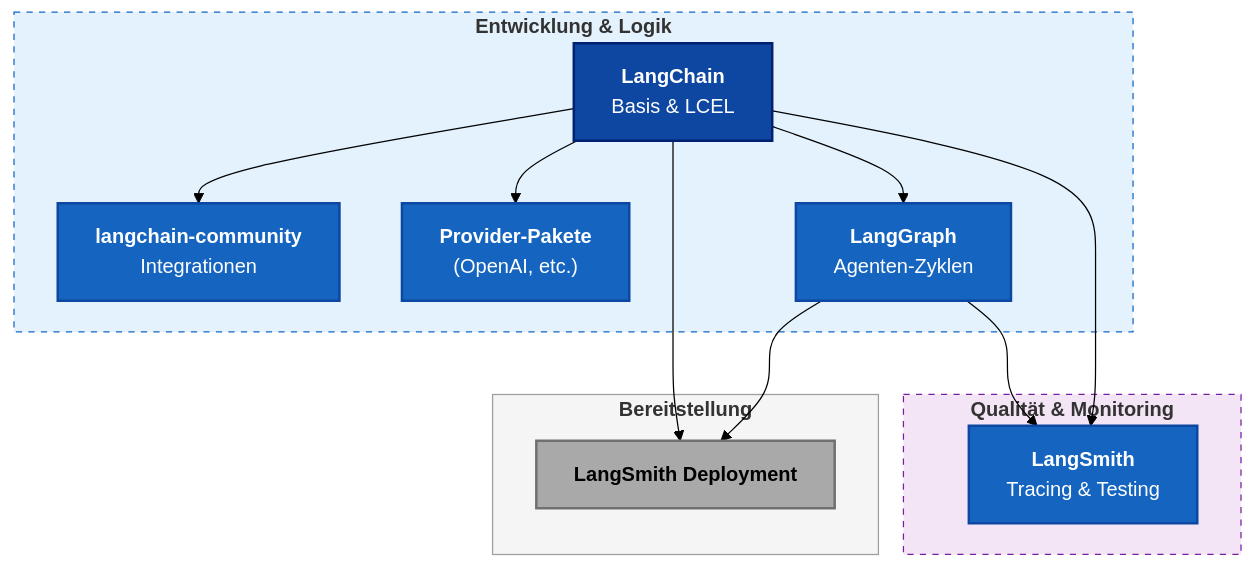
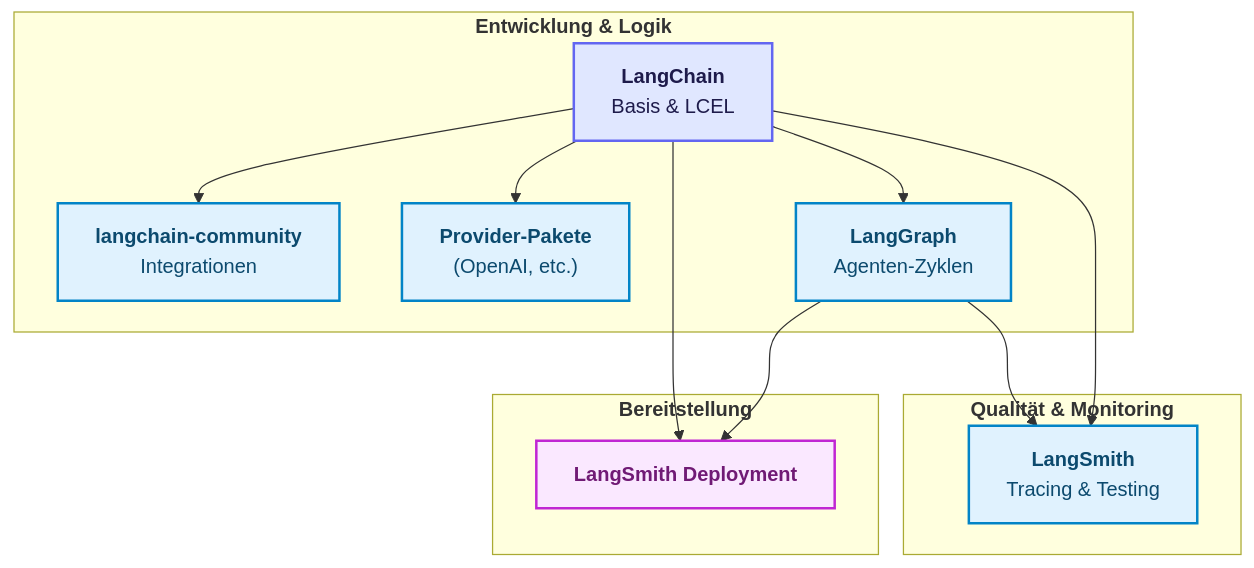
One commit to ralf-42/Agenten changed the diagram in docs/05-frameworks/langchain-oekosystem.md. Above: the diagram before and after it, drawn with Mermaid. The commit also changed 15 other files, not shown here.

````diff
--- a/docs/05-frameworks/langchain-oekosystem.md
+++ b/docs/05-frameworks/langchain-oekosystem.md
@@ -41,44 +41,37 @@
 ```mermaid
-%%{init: {'theme':'forest'}}%%
 graph TD
     %% Definition der Stile für die einzelnen Boxen
-    classDef ecosystem fill:#1565c0,stroke:#0d47a1,stroke-width:2px,color:#ffffff;
-    classDef core fill:#0d47a1,stroke:#002171,stroke-width:2px,color:#ffffff;
-    classDef greyBox fill:#A9A9A9,stroke:#707070,stroke-width:2px,color:#000000;
+    classDef default fill:#e0f2fe,stroke:#0284c7,stroke-width:2px,color:#0c4a6e;
+    classDef input fill:#e0e7ff,stroke:#6366f1,stroke-width:2px,color:#1e1b4b;
+    classDef target fill:#fae8ff,stroke:#c026d3,stroke-width:2px,color:#701a75;
 
     subgraph Development ["<b>Entwicklung & Logik</b>"]
         LC_Core["<b>LangChain</b><br/>Basis & LCEL"]
         LC_Comm["<b>langchain-community</b><br/>Integrationen"]
         LC_Partner["<b>Provider-Pakete</b><br/>(OpenAI, etc.)"]
         LG["<b>LangGraph</b><br/>Agenten-Zyklen"]
     end
 
     subgraph Observability ["<b>Qualität & Monitoring</b>"]
         LS["<b>LangSmith</b><br/>Tracing & Testing"]
     end
 
     subgraph Deployment ["<b>Bereitstellung</b>"]
         LGP["<b>LangSmith Deployment</b>"]
     end
 
-    %% Styling der Subgraphs (Hintergrund-Boxen)
-    style Development fill:#e3f2fd,stroke:#1565c0,stroke-width:1px,stroke-dasharray: 5 5
-    style Observability fill:#f3e5f5,stroke:#7b1fa2,stroke-width:1px,stroke-dasharray: 5 5
-    style Deployment fill:#f5f5f5,stroke:#9e9e9e,stroke-width:1px
-
     %% Verbindungen
     LC_Core --> LC_Comm
     LC_Core --> LC_Partner
     LC_Core --> LG
 
     LG --> LS
     LC_Core --> LS
 
     LC_Core --> LGP
     LG --> LGP
 
     %% Klassen zuweisen
-    class LC_Core core
-    class LC_Comm,LC_Partner,LG,LS ecosystem
-    class LGP greyBox
+    class LC_Core input;
+    class LGP target;
 ```
````
